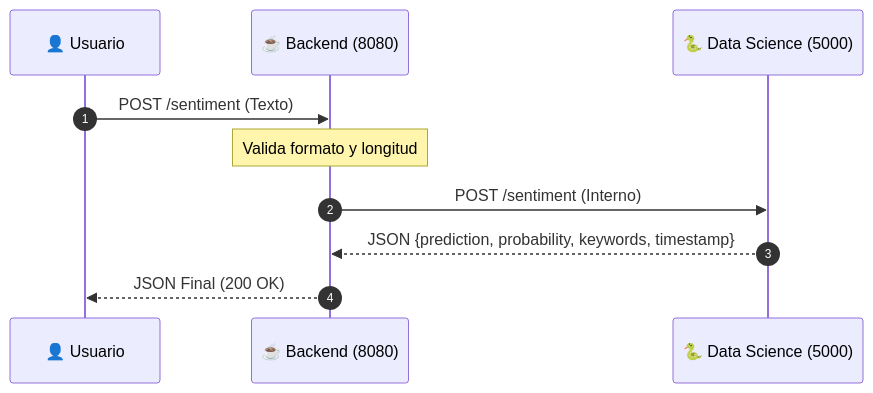
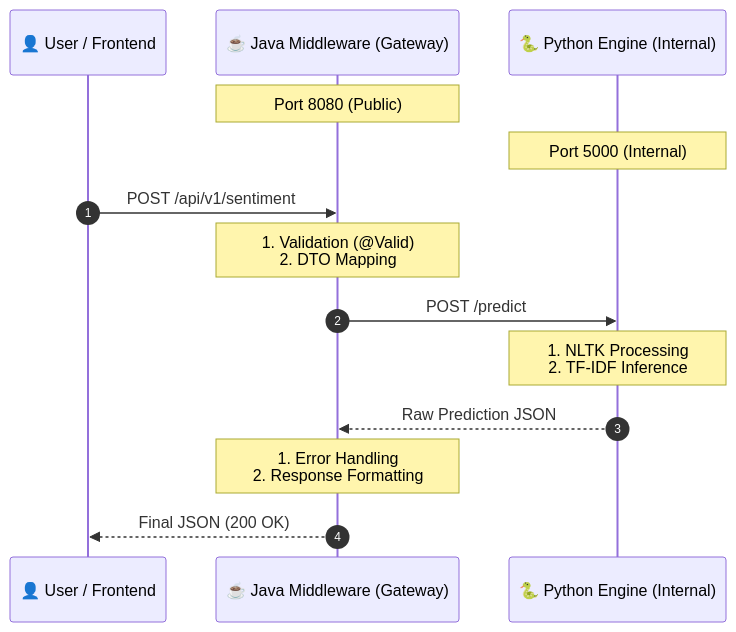
The diagram in docs/API_SPEC.md (IngeCesar/sentiment-api), drawn with Mermaid before and after one commit. The commit also changed other lines of this file and 12 other files, not shown here.

Commit message:
refactor: implement v1 API versioning and middleware routing

````diff
--- a/docs/API_SPEC.md
+++ b/docs/API_SPEC.md
@@ -13,13 +14,18 @@
 ```mermaid
 sequenceDiagram
     autonumber
-    participant User as 👤 Usuario
-    participant Java as ☕ Backend (8080)
-    participant Python as 🐍 Data Science (5000)
+    participant User as 👤 User / Frontend
+    participant Java as ☕ Java Middleware (Gateway)
+    participant Python as 🐍 Python Engine (Internal)
 
-    User->>Java: POST /sentiment (Texto)
-    Note over Java: Valida formato y longitud
-    Java->>Python: POST /sentiment (Interno)
-    Python-->>Java: JSON {prediction, probability, keywords, timestamp}
-    Java-->>User: JSON Final (200 OK)
+    Note over Java: Port 8080 (Public)
+    Note over Python: Port 5000 (Internal)
+
+    User->>Java: POST /api/v1/sentiment
+    Note over Java: 1. Validation (@Valid)<br/>2. DTO Mapping
+    Java->>Python: POST /predict
+    Note over Python: 1. NLTK Processing<br/>2. TF-IDF Inference
+    Python-->>Java: Raw Prediction JSON
+    Note over Java: 1. Error Handling<br/>2. Response Formatting
+    Java-->>User: Final JSON (200 OK)
 ```
````
